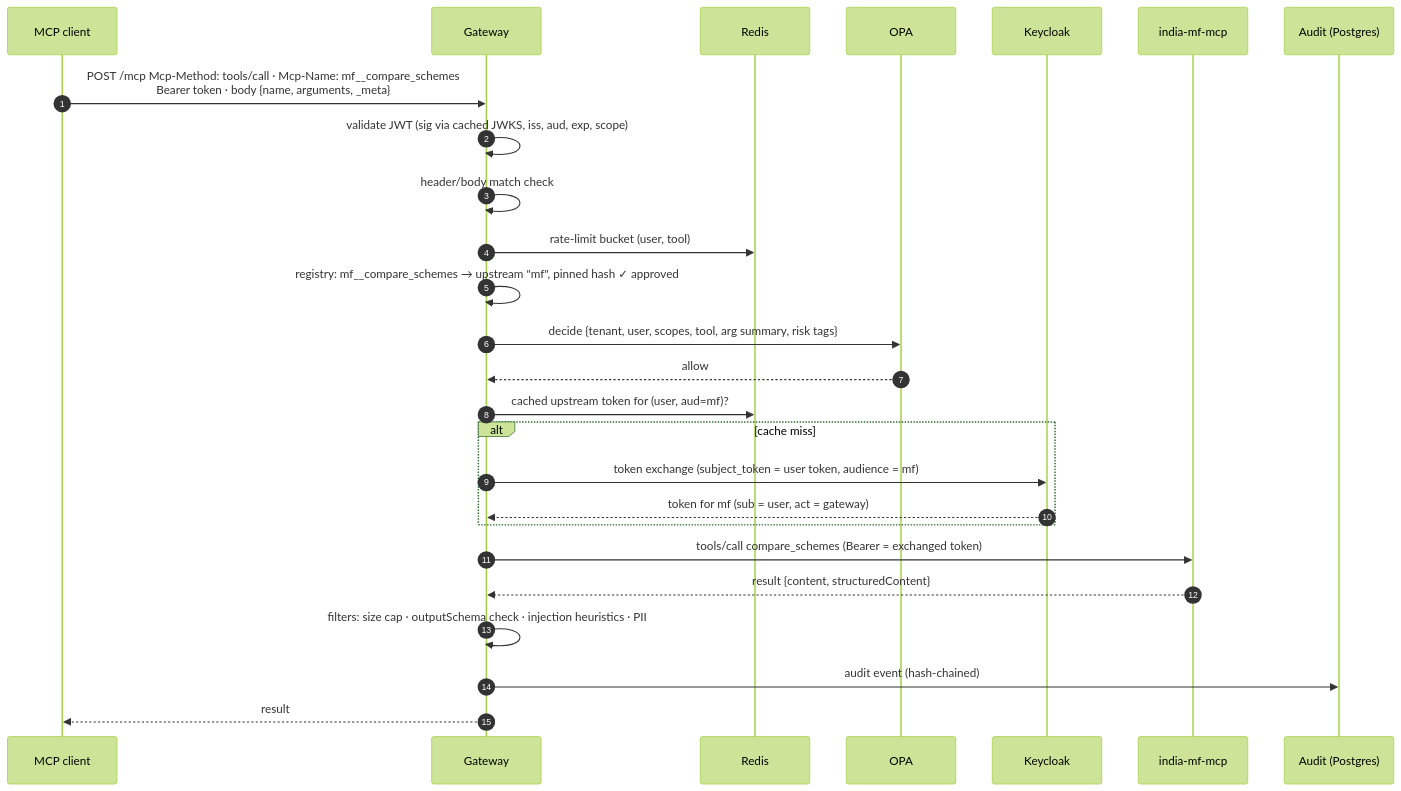
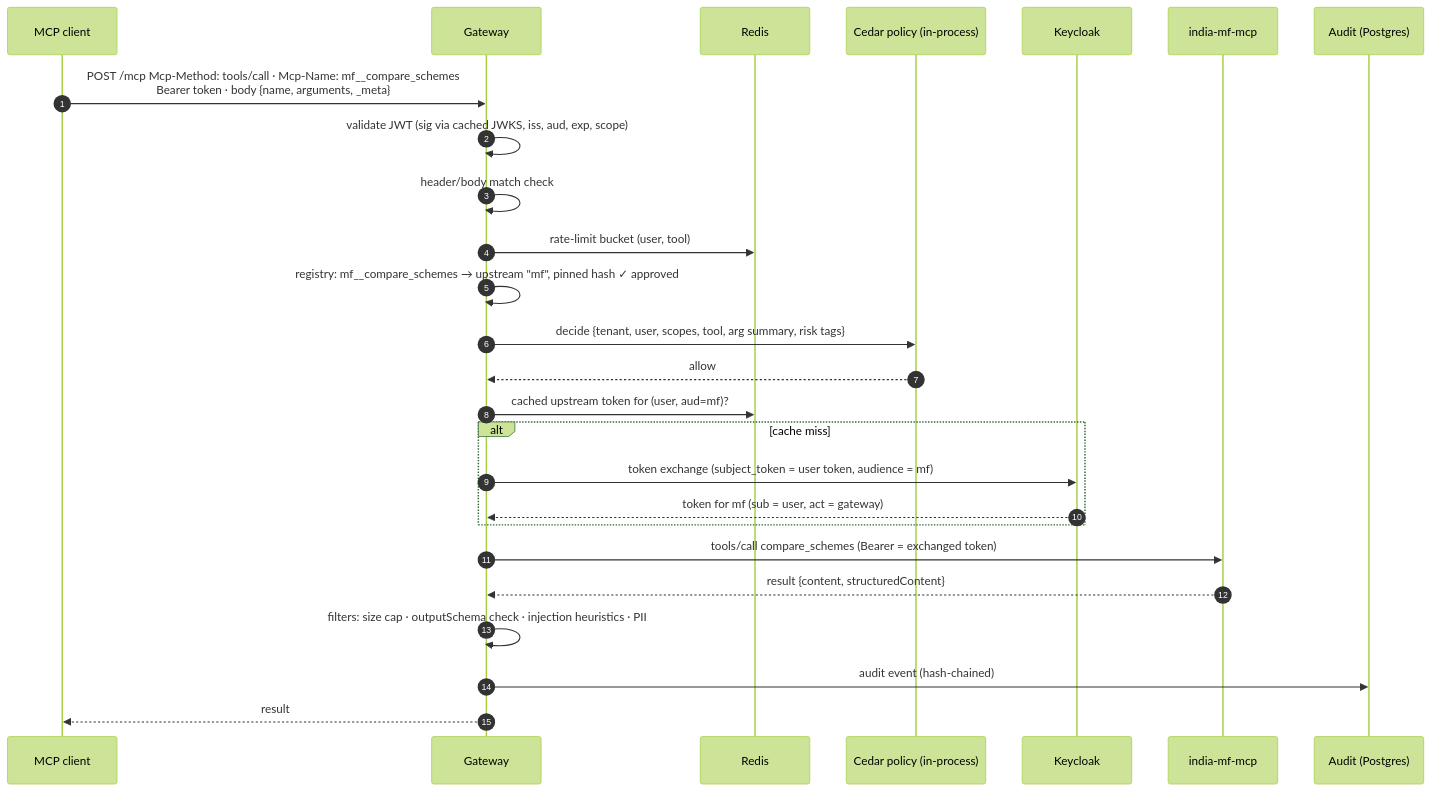
One commit to pRiMeXoMeGa/AI-Learning-Projects changed the fifth of 10 diagrams in projects/02-mcp-hub/docs/02-architecture.md. Above: the diagram before and after it, drawn with Mermaid (forest theme). The commit also changed other lines of this file and 31 other files, not shown here.

````diff
--- a/projects/02-mcp-hub/docs/02-architecture.md
+++ b/projects/02-mcp-hub/docs/02-architecture.md
@@ -175,29 +170,29 @@
 ```mermaid
 sequenceDiagram
     autonumber
     participant C as MCP client
     participant GW as Gateway
     participant R as Redis
-    participant P as OPA
+    participant P as Cedar policy (in-process)
     participant KC as Keycloak
     participant MF as india-mf-mcp
     participant A as Audit (Postgres)
 
     C->>GW: POST /mcp  Mcp-Method: tools/call · Mcp-Name: mf__compare_schemes<br/>Bearer token · body {name, arguments, _meta}
     GW->>GW: validate JWT (sig via cached JWKS, iss, aud, exp, scope)
     GW->>GW: header/body match check
     GW->>R: rate-limit bucket (user, tool)
     GW->>GW: registry: mf__compare_schemes → upstream "mf", pinned hash ✓ approved
     GW->>P: decide {tenant, user, scopes, tool, arg summary, risk tags}
     P-->>GW: allow
     GW->>R: cached upstream token for (user, aud=mf)?
     alt cache miss
         GW->>KC: token exchange (subject_token = user token, audience = mf)
         KC-->>GW: token for mf (sub = user, act = gateway)
     end
     GW->>MF: tools/call compare_schemes (Bearer = exchanged token)
     MF-->>GW: result {content, structuredContent}
     GW->>GW: filters: size cap · outputSchema check · injection heuristics · PII
     GW->>A: audit event (hash-chained)
     GW-->>C: result
 ```
````
